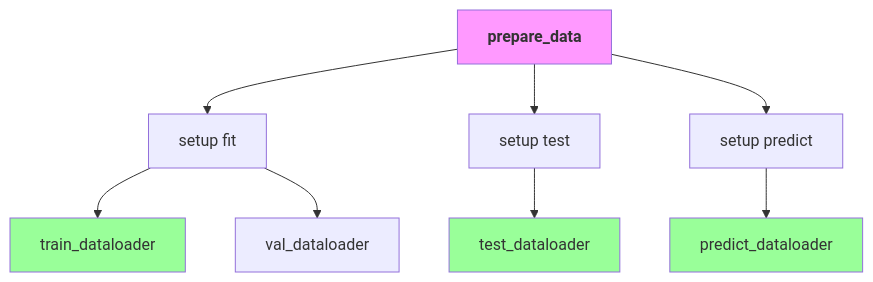
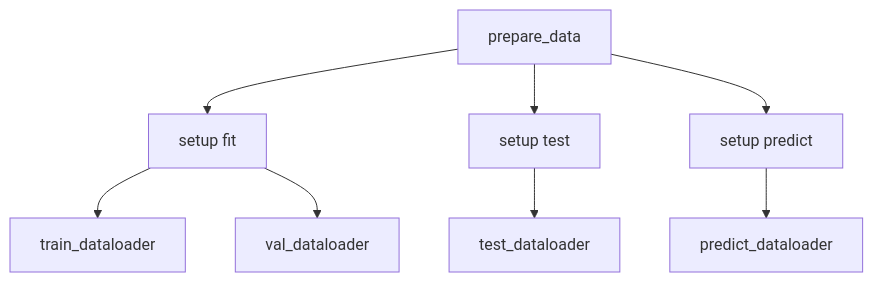
One commit to SAILTECHTEAM/knowledge-base changed the diagram in docs/deep-learning/pytorch-lightning/04-custom-implementation/02-custom-datamodule.mdx. Above: the diagram before and after it, drawn with Mermaid. The commit also changed 7 other files, not shown here.

````diff
--- a/docs/deep-learning/pytorch-lightning/04-custom-implementation/02-custom-datamodule.mdx
+++ b/docs/deep-learning/pytorch-lightning/04-custom-implementation/02-custom-datamodule.mdx
@@ -132,15 +132,11 @@
 ```mermaid
 flowchart TD
     A[prepare_data] --> B[setup fit]
     A --> C[setup test]
     A --> D[setup predict]
     B --> E[train_dataloader]
     B --> F[val_dataloader]
     C --> G[test_dataloader]
     D --> H[predict_dataloader]
     
-    style A fill:#f9f,font-weight:bold
-    style E fill:#9f9
-    style G fill:#9f9
-    style H fill:#9f9
 ```
````
